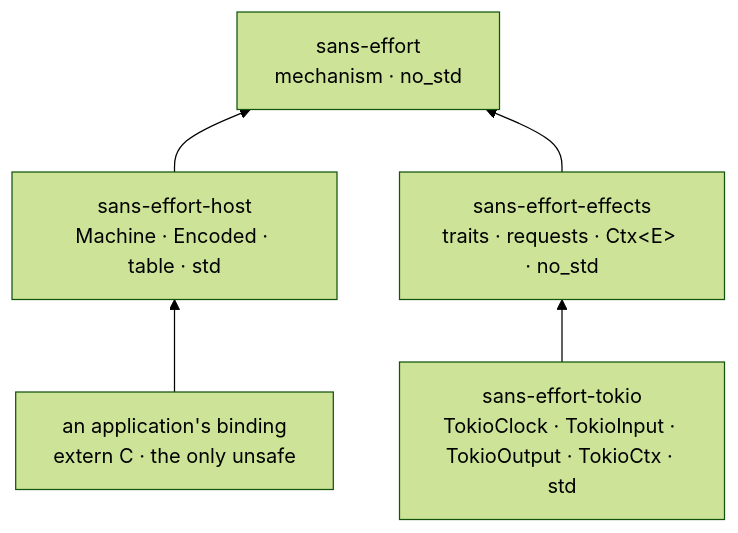
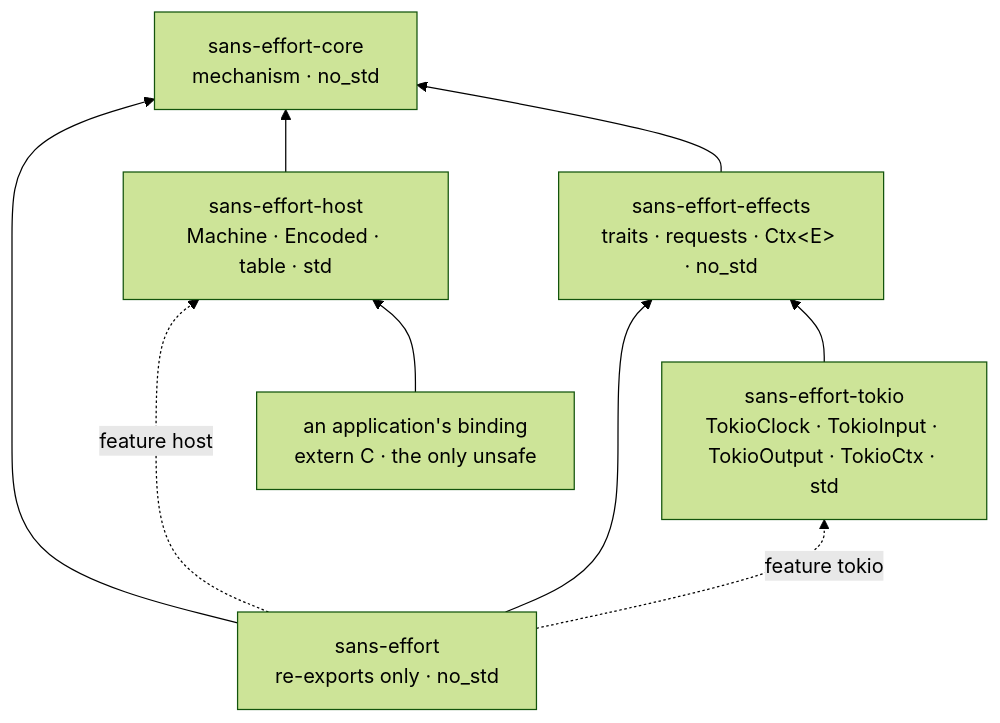
The second of 3 diagrams in design/README.md (inkandswitch/sans-effort), drawn with Mermaid (forest theme) before and after one commit. The commit also changed other lines of this file and 81 other files, not shown here.

````diff
--- a/design/README.md
+++ b/design/README.md
@@ -43,15 +43,20 @@
 ```mermaid
 flowchart BT
-    core["sans-effort<br/>mechanism · no_std"]
+    facade["sans-effort<br/>re-exports only · no_std"]
+    core["sans-effort-core<br/>mechanism · no_std"]
     host_crate["sans-effort-host<br/>Machine · Encoded · table · std"]
     effects["sans-effort-effects<br/>traits · requests · Ctx#60;E#62; · no_std"]
     tokio_crate["sans-effort-tokio<br/>TokioClock · TokioInput · TokioOutput · TokioCtx · std"]
     binding["an application's binding<br/>extern C · the only unsafe"]
 
+    facade --> core
+    facade --> effects
+    facade -. feature tokio .-> tokio_crate
+    facade -. feature host .-> host_crate
     host_crate --> core
     effects --> core
     tokio_crate --> effects
     binding --> host_crate
 
     classDef planned stroke-dasharray: 5 5
 ```
````
